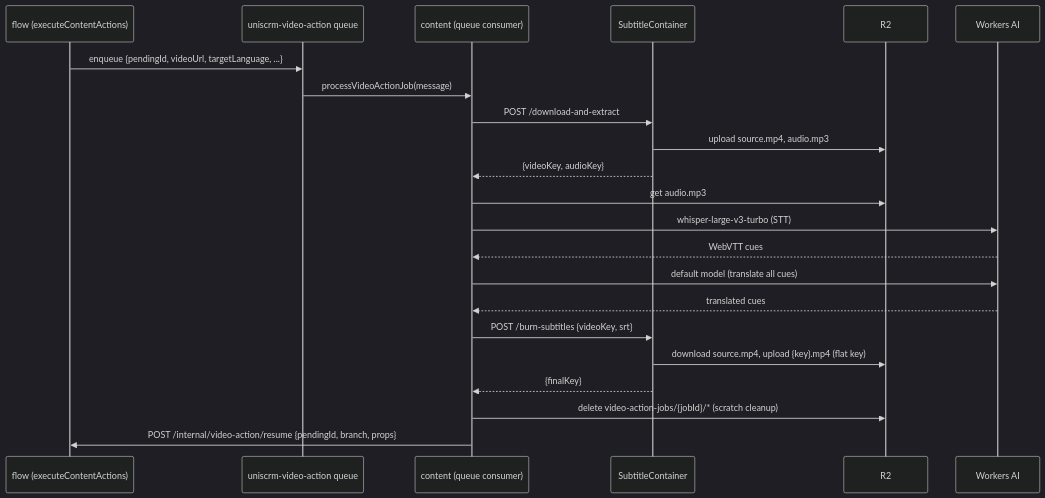
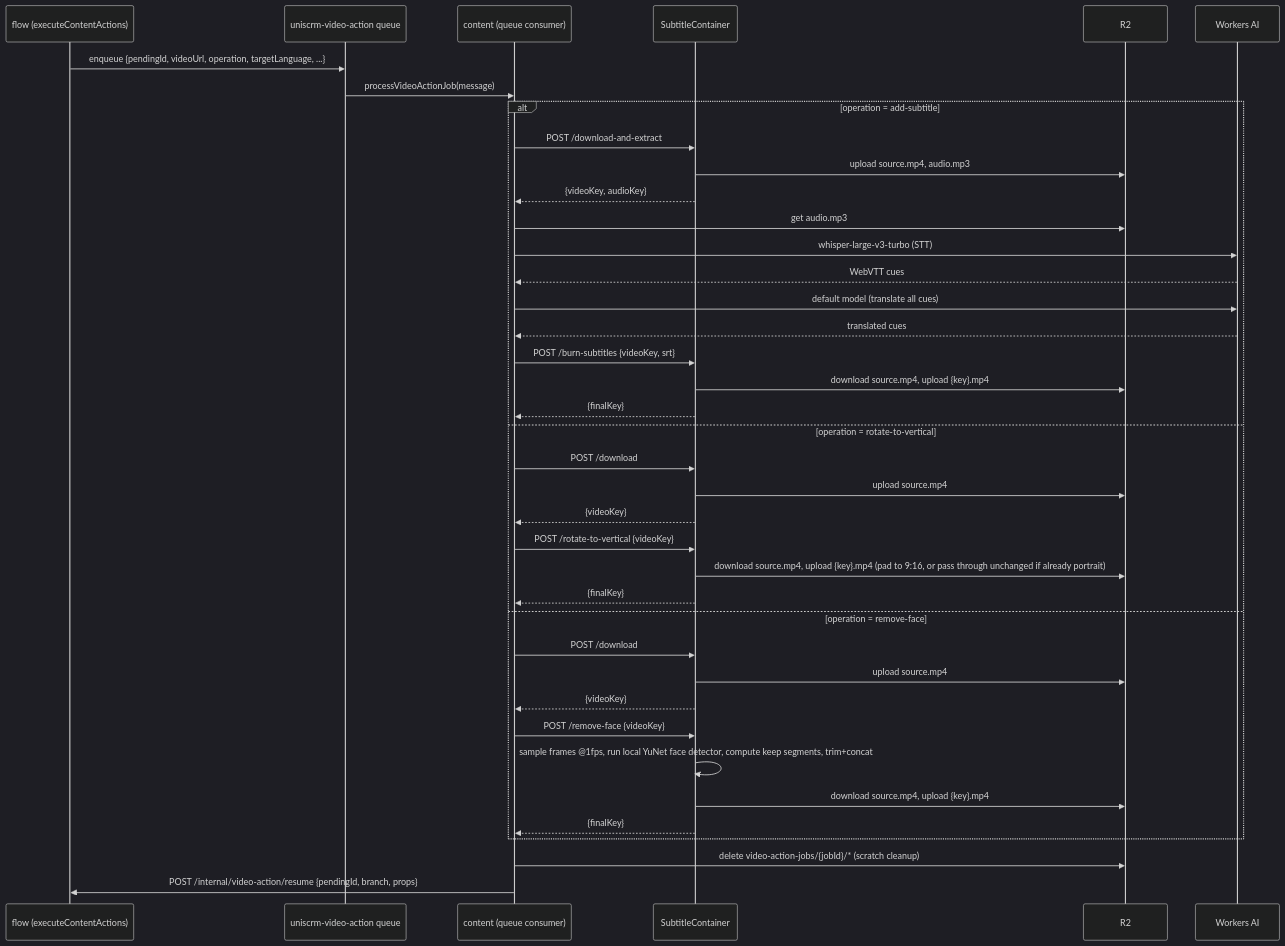
The diagram in content/src/services/video-action/sequence.md (zcqqq/uniscrm-web), drawn with Mermaid (dark theme) before and after one commit. The commit also changed 2 other files, not shown here.

Commit message:
feat(content): branch Video Action queue consumer on operation

````diff
--- a/content/src/services/video-action/sequence.md
+++ b/content/src/services/video-action/sequence.md
@@ -3,25 +3,42 @@
 ```mermaid
 sequenceDiagram
     participant Flow as flow (executeContentActions)
     participant Queue as uniscrm-video-action queue
     participant Content as content (queue consumer)
     participant Container as SubtitleContainer
     participant R2
     participant AI as Workers AI
 
-    Flow->>Queue: enqueue {pendingId, videoUrl, targetLanguage, ...}
+    Flow->>Queue: enqueue {pendingId, videoUrl, operation, targetLanguage, ...}
     Queue->>Content: processVideoActionJob(message)
-    Content->>Container: POST /download-and-extract
-    Container->>R2: upload source.mp4, audio.mp3
-    Container-->>Content: {videoKey, audioKey}
-    Content->>R2: get audio.mp3
-    Content->>AI: whisper-large-v3-turbo (STT)
-    AI-->>Content: WebVTT cues
-    Content->>AI: default model (translate all cues)
-    AI-->>Content: translated cues
-    Content->>Container: POST /burn-subtitles {videoKey, srt}
-    Container->>R2: download source.mp4, upload {key}.mp4 (flat key)
-    Container-->>Content: {finalKey}
+    alt operation = add-subtitle
+        Content->>Container: POST /download-and-extract
+        Container->>R2: upload source.mp4, audio.mp3
+        Container-->>Content: {videoKey, audioKey}
+        Content->>R2: get audio.mp3
+        Content->>AI: whisper-large-v3-turbo (STT)
+        AI-->>Content: WebVTT cues
+        Content->>AI: default model (translate all cues)
+        AI-->>Content: translated cues
+        Content->>Container: POST /burn-subtitles {videoKey, srt}
+        Container->>R2: download source.mp4, upload {key}.mp4
+        Container-->>Content: {finalKey}
+    else operation = rotate-to-vertical
+        Content->>Container: POST /download
+        Container->>R2: upload source.mp4
+        Container-->>Content: {videoKey}
+        Content->>Container: POST /rotate-to-vertical {videoKey}
+        Container->>R2: download source.mp4, upload {key}.mp4 (pad to 9:16, or pass through unchanged if already portrait)
+        Container-->>Content: {finalKey}
+    else operation = remove-face
+        Content->>Container: POST /download
+        Container->>R2: upload source.mp4
+        Container-->>Content: {videoKey}
+        Content->>Container: POST /remove-face {videoKey}
+        Container->>Container: sample frames @1fps, run local YuNet face detector, compute keep segments, trim+concat
+        Container->>R2: download source.mp4, upload {key}.mp4
+        Container-->>Content: {finalKey}
+    end
     Content->>R2: delete video-action-jobs/{jobId}/* (scratch cleanup)
     Content->>Flow: POST /internal/video-action/resume {pendingId, branch, props}
 ```
````
